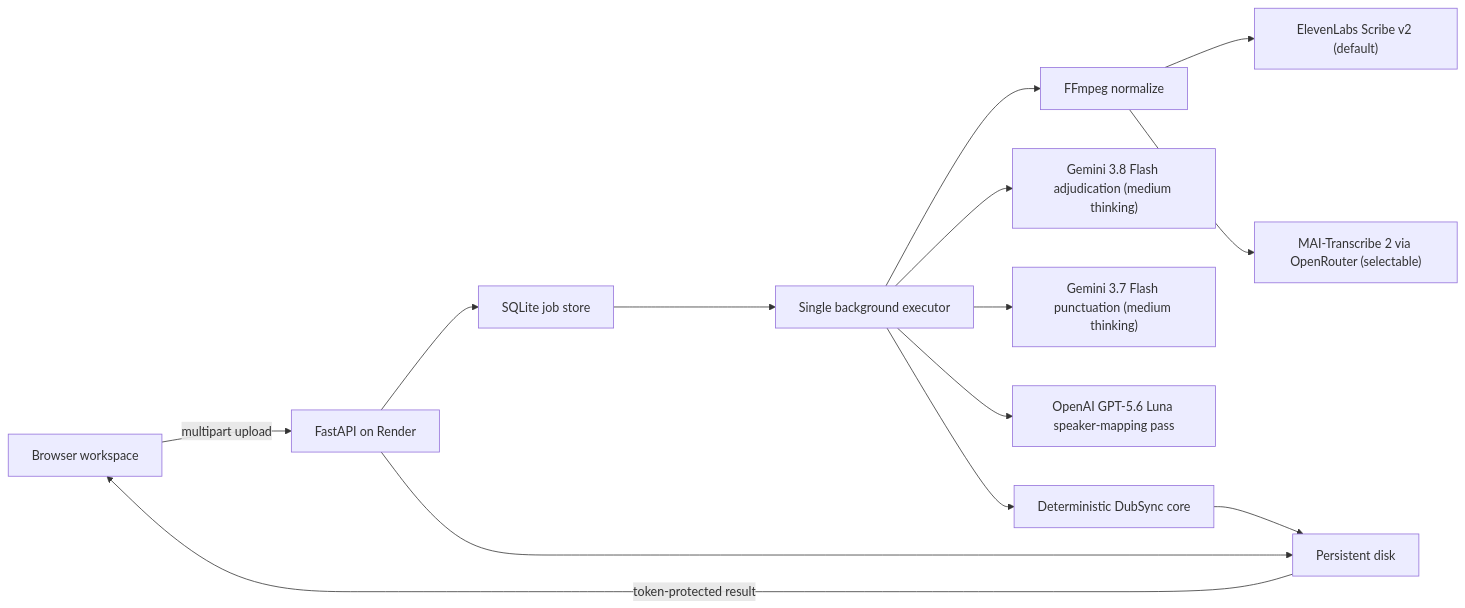
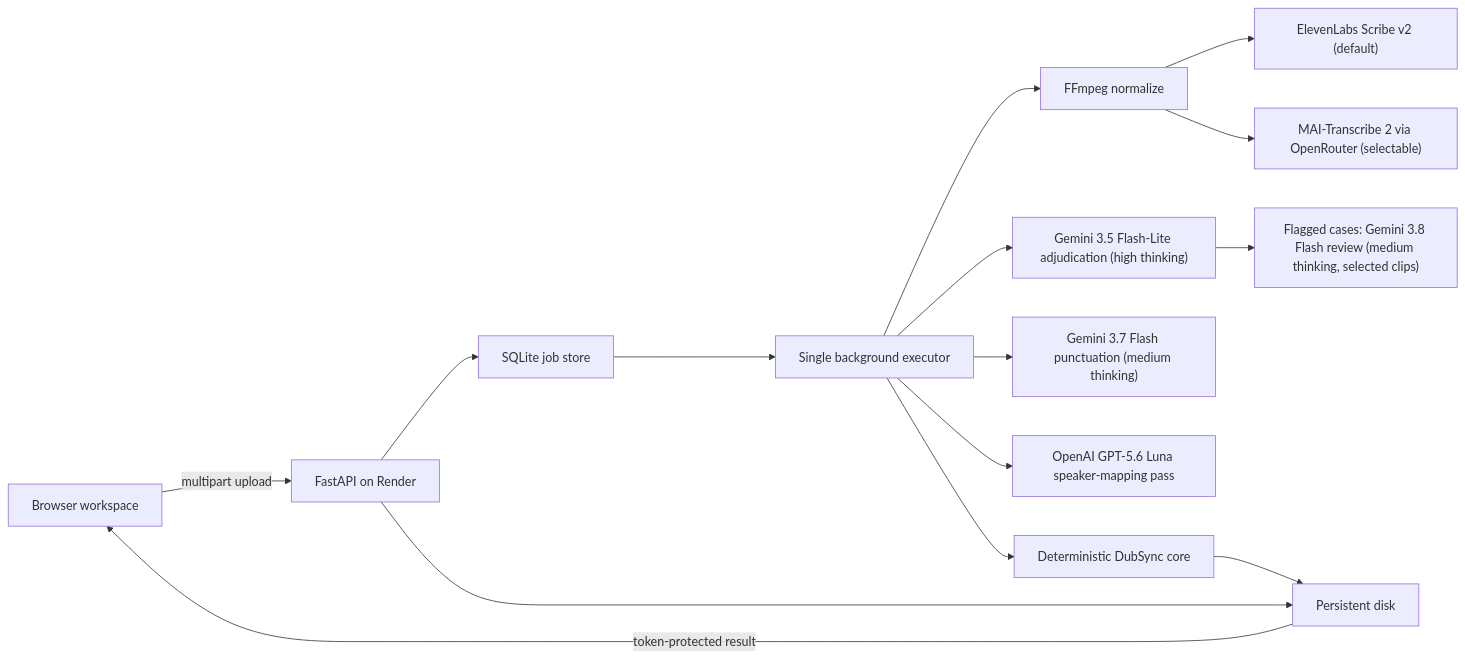
One commit to feelinglocal/DubSync changed the diagram in docs/COMMERCIAL_PLAN.md. Above: the diagram before and after it, drawn with Mermaid. The commit also changed other lines of this file and 32 other files, not shown here.

````diff
--- a/docs/COMMERCIAL_PLAN.md
+++ b/docs/COMMERCIAL_PLAN.md
@@ -62,16 +62,17 @@
 ```mermaid
 flowchart LR
     B["Browser workspace"] -->|"multipart upload"| A["FastAPI on Render"]
     A --> J["SQLite job store"]
     A --> D["Persistent disk"]
     J --> W["Single background executor"]
     W --> F["FFmpeg normalize"]
     F --> E["ElevenLabs Scribe v2 (default)"]
     F --> M["MAI-Transcribe 2 via OpenRouter (selectable)"]
-    W --> G["Gemini 3.8 Flash adjudication (medium thinking)"]
+    W --> G["Gemini 3.5 Flash-Lite adjudication (high thinking)"]
+    G --> R["Flagged cases: Gemini 3.8 Flash review (medium thinking, selected clips)"]
     W --> P["Gemini 3.7 Flash punctuation (medium thinking)"]
     W --> H["OpenAI GPT-5.6 Luna speaker-mapping pass"]
     W --> C["Deterministic DubSync core"]
     C --> D
     D -->|"token-protected result"| B
 ```
````
